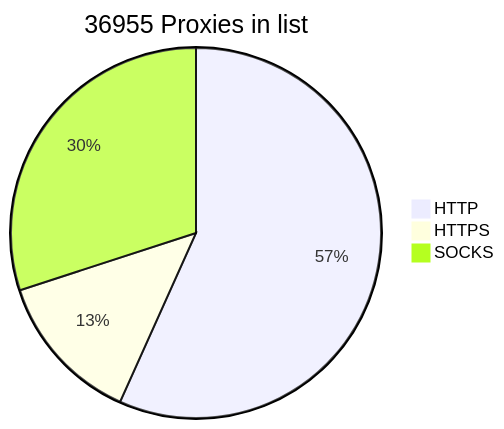
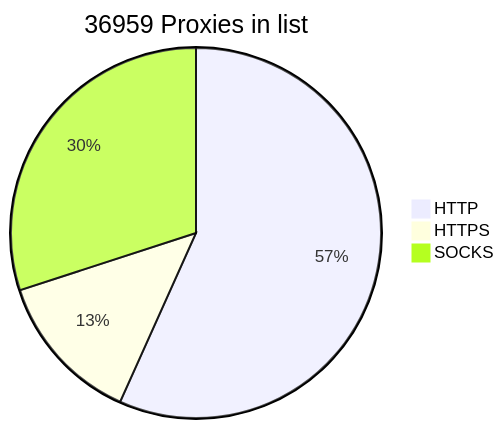
The diagram in README.md (BlackSnowDot/proxylist-update-every-minute), drawn with Mermaid before and after one commit.

````diff
--- a/README.md
+++ b/README.md
@@ -2,6 +2,6 @@
 ```mermaid
-pie title 36955 Proxies in list
-    "HTTP" : 23299
-    "HTTPS": 5452
+pie title 36959 Proxies in list
+    "HTTP" : 23301
+    "HTTPS": 5456
     "SOCKS" : 12323
 ```
````
